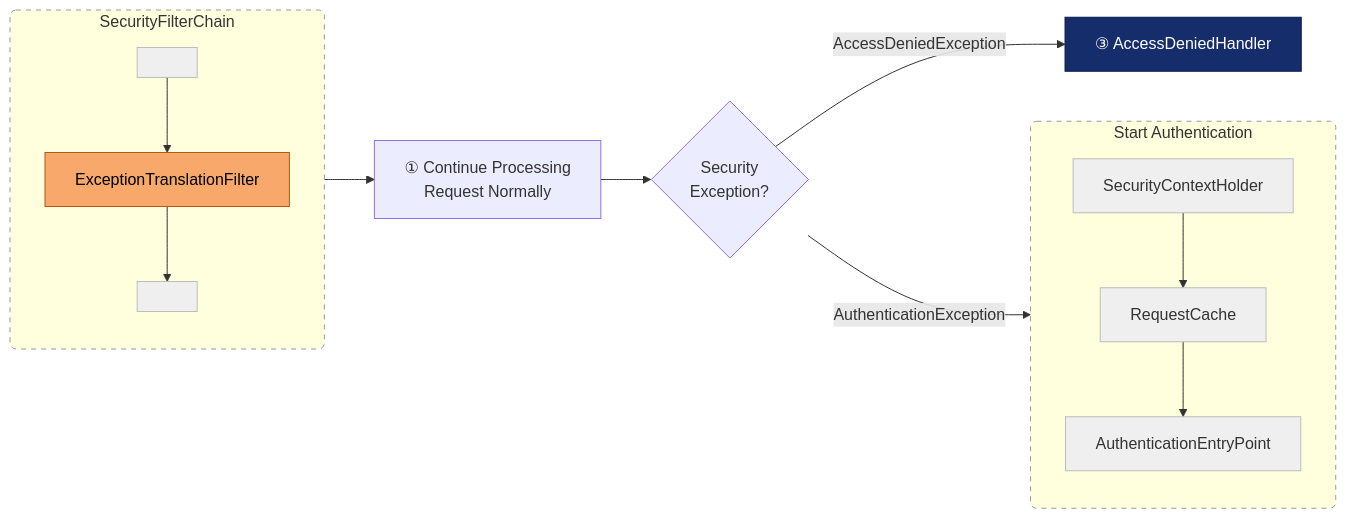
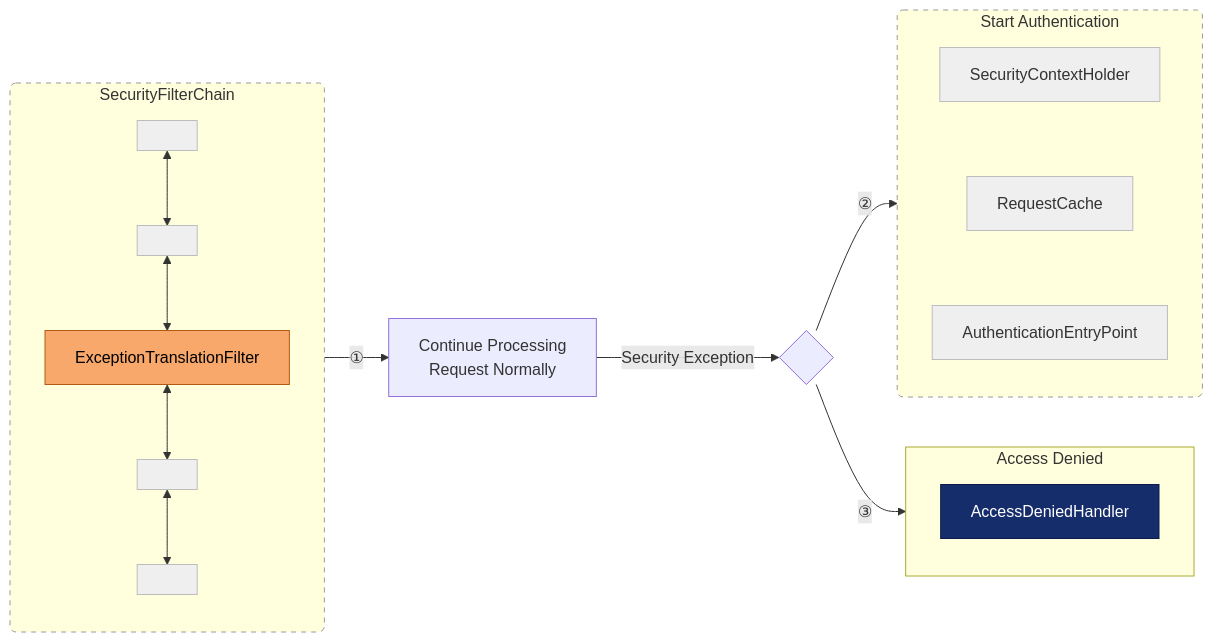
Before and after one commit to giwankim/til: the fourth of 4 diagrams in spring/security/servlet/architecture.md, drawn with Mermaid. The commit also changed other lines of this file and 6 other files, not shown here.

````diff
--- a/spring/security/servlet/architecture.md
+++ b/spring/security/servlet/architecture.md
@@ -243,36 +243,42 @@
 ```mermaid
 flowchart LR
-%% ---------- Styles ----------
+    %% ---------- Styles ----------
     classDef orange fill:#f7a86a,stroke:#b25a13,color:#000;
     classDef blue fill:#162d6b,stroke:#0b1b49,color:#fff;
     classDef mini fill:#efefef,stroke:#bdbdbd,color:#333;
-%% subgraph borders (Mermaid lets us style subgraphs via 'style <id>')
-
-%% ---------- Security Filter Chain (left) ----------
-subgraph SFC[SecurityFilterChain]
-direction TB
-    pre[ ]:::mini
-    ETF[ExceptionTranslationFilter]:::orange
-    post[ ]:::mini
-    pre --> ETF --> post
-end
-style SFC stroke:#9a9a9a,stroke-dasharray:5 5, rx: 6, ry: 6;
-
-%% ---------- Decision & outcomes (right side) ----------
-ETF --> S1[① Continue Processing<br/>Request Normally]
-S1 --> DEC{Security<br/>Exception?}
-
-%% ② Start Authentication (bottom-left block)
-DEC -- AuthenticationException --> SA
-subgraph SA[Start Authentication]
-direction TB
-SCH[SecurityContextHolder]:::mini
-RC[RequestCache]:::mini
-EP[AuthenticationEntryPoint]:::mini
-SCH --> RC --> EP
-end
-style SA stroke: #9a9a9a, stroke-dasharray: 5 5, rx: 6, ry: 6;
-
-%% ③ Access Denied (bottom-right block)
-DEC -- AccessDeniedException --> ADH[③ AccessDeniedHandler]:::blue
+    
+    %% ---------- Security Filter Chain (left) ----------
+    subgraph SFC[SecurityFilterChain]
+    direction TB
+        pre1[ ]:::mini
+        pre2[ ]:::mini
+        ETF[ExceptionTranslationFilter]:::orange
+        post1[ ]:::mini
+        post2[ ]:::mini
+        pre1 <--> pre2 <--> ETF <--> post1 <--> post2
+    end
+    style SFC stroke:#9a9a9a,stroke-dasharray:5 5, rx: 6, ry: 6;
+    
+    %% ---------- Decision & outcomes (right side) ----------
+    ETF -- ① --> S1[Continue Processing<br/>Request Normally]
+    S1 -- Security Exception --> DEC{ <br/> }
+    
+    %% ② Start Authentication (bottom-left block)
+    DEC -- ② --> SA
+    subgraph SA[Start Authentication]
+    direction TB
+        SCH[SecurityContextHolder]:::mini
+        RC[RequestCache]:::mini
+        EP[AuthenticationEntryPoint]:::mini
+        SCH --- RC --- EP
+    end
+    style SA stroke: #9a9a9a, stroke-dasharray: 5 5, rx: 6, ry: 6;
+    linkStyle 7,8 stroke:transparent;
+    
+    %% ③ Access Denied (bottom-right block)
+    subgraph ADH[Access Denied]
+    direction TB
+        ADE[AccessDeniedHandler]:::blue
+    end
+    DEC -- ③ --> ADH
 ```
````
